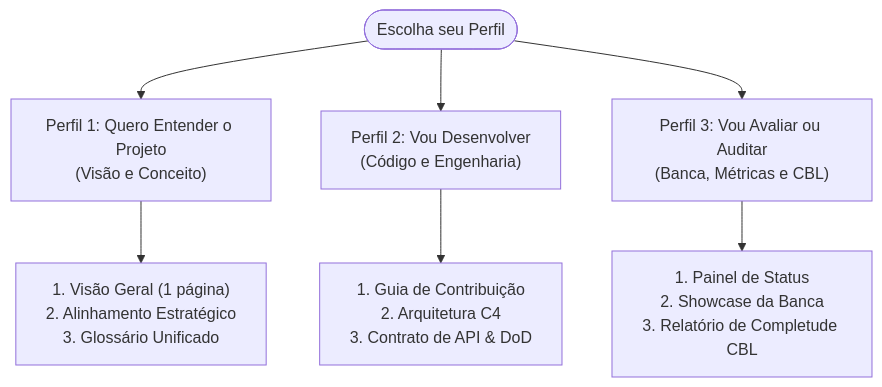
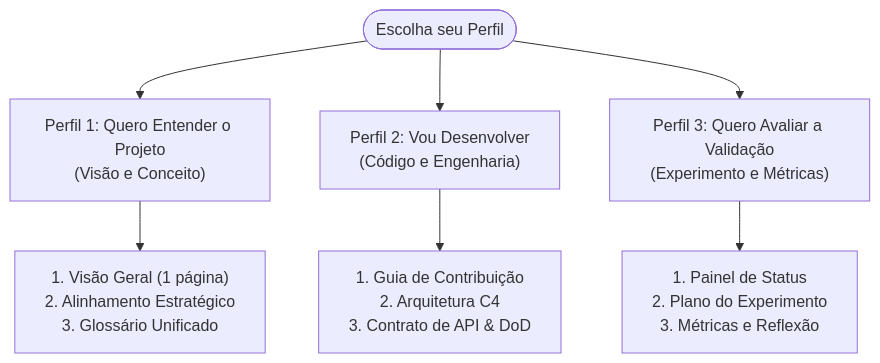
One commit to evidencia-grupo/documentation changed the diagram in README.md. Above: the diagram before and after it, drawn with Mermaid. The commit also changed other lines of this file and 45 other files, not shown here.

````diff
--- a/README.md
+++ b/README.md
@@ -32,11 +32,11 @@
 ```mermaid
 flowchart TD
     Inicio([Escolha seu Perfil])
     Inicio --> P1["Perfil 1: Quero Entender o Projeto<br/>(Visão e Conceito)"]
     Inicio --> P2["Perfil 2: Vou Desenvolver<br/>(Código e Engenharia)"]
-    Inicio --> P3["Perfil 3: Vou Avaliar ou Auditar<br/>(Banca, Métricas e CBL)"]
+    Inicio --> P3["Perfil 3: Quero Avaliar a Validação<br/>(Experimento e Métricas)"]
 
     P1 --> R1["1. Visão Geral (1 página)<br/>2. Alinhamento Estratégico<br/>3. Glossário Unificado"]
     P2 --> R2["1. Guia de Contribuição<br/>2. Arquitetura C4<br/>3. Contrato de API & DoD"]
-    P3 --> R3["1. Painel de Status<br/>2. Showcase da Banca<br/>3. Relatório de Completude CBL"]
+    P3 --> R3["1. Painel de Status<br/>2. Plano do Experimento<br/>3. Métricas e Reflexão"]
 ```
````
